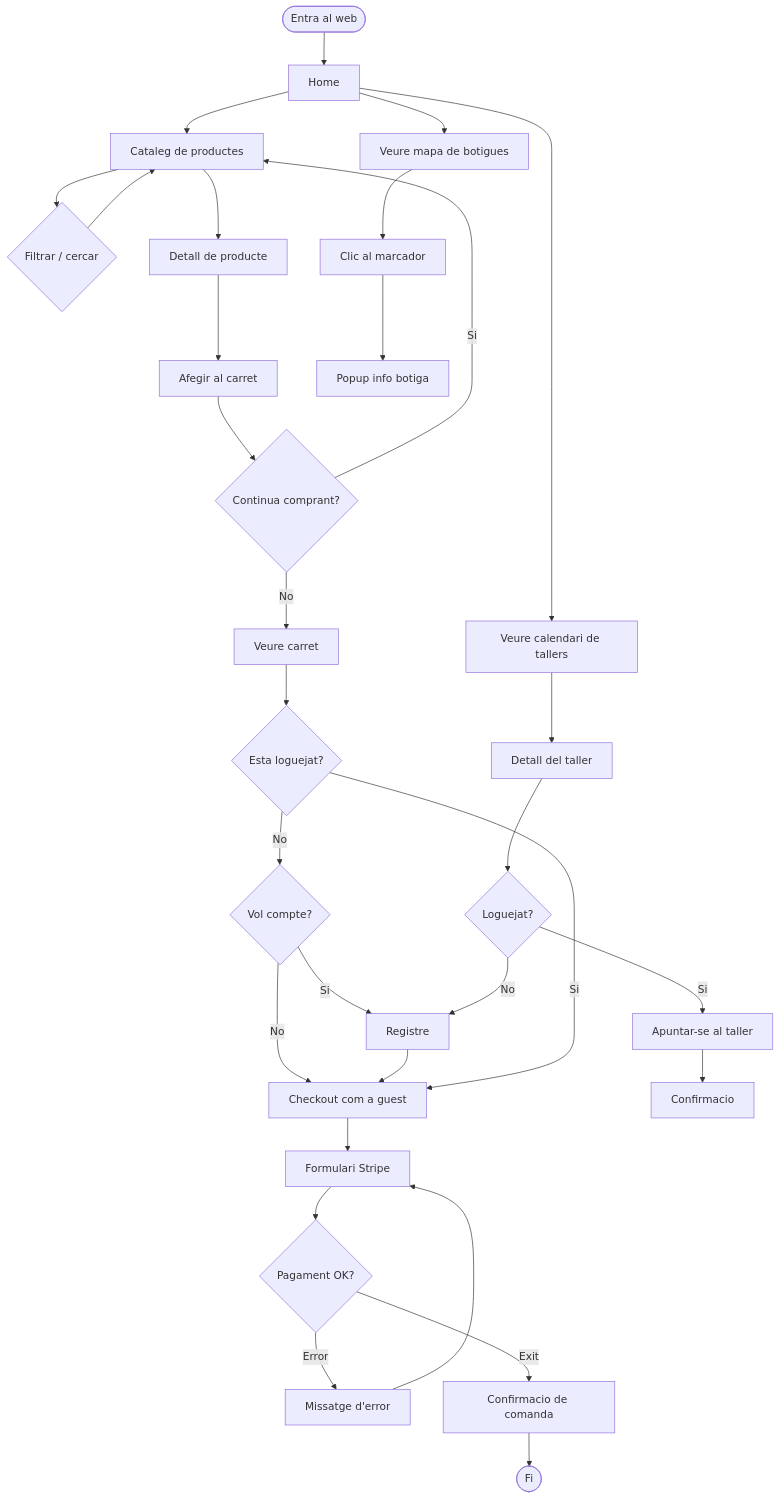
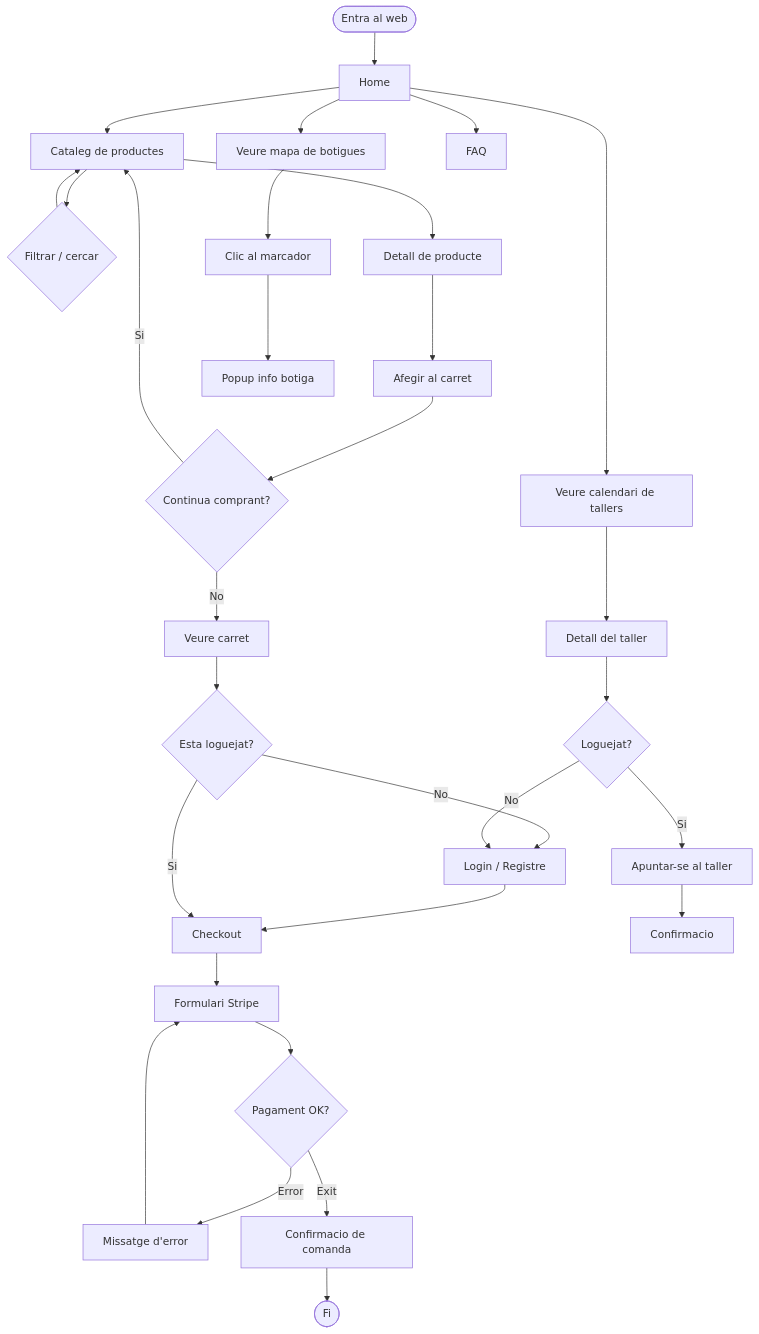
The third of 8 diagrams in DIAGRAMS.md (isahun/winter-garden), drawn with Mermaid before and after one commit. The commit also changed other lines of this file and 1 other file, not shown here.

Commit message:
docs: update diagrams and wireframes to reflect current implementation

````diff
--- a/DIAGRAMS.md
+++ b/DIAGRAMS.md
@@ -127,35 +134,35 @@
 ```mermaid
 flowchart TD
     A([Entra al web]) --> B[Home]
     B --> C[Cataleg de productes]
     C --> D{Filtrar / cercar}
     D --> C
     C --> E[Detall de producte]
     E --> F[Afegir al carret]
     F --> G{Continua comprant?}
     G -- Si --> C
     G -- No --> H[Veure carret]
     H --> I{Esta loguejat?}
-    I -- No --> J{Vol compte?}
-    J -- Si --> K[Registre]
-    J -- No --> L[Checkout com a guest]
-    K --> L
+    I -- No --> K[Login / Registre]
+    K --> L[Checkout]
     I -- Si --> L
     L --> M[Formulari Stripe]
     M --> N{Pagament OK?}
     N -- Error --> O[Missatge d'error]
     O --> M
     N -- Exit --> P[Confirmacio de comanda]
     P --> Q([Fi])
 
     B --> R[Veure calendari de tallers]
     R --> S[Detall del taller]
     S --> T{Loguejat?}
     T -- No --> K
     T -- Si --> U[Apuntar-se al taller]
     U --> V[Confirmacio]
 
     B --> W[Veure mapa de botigues]
     W --> X[Clic al marcador]
     X --> Y[Popup info botiga]
+
+    B --> Z[FAQ]
 ```
````
